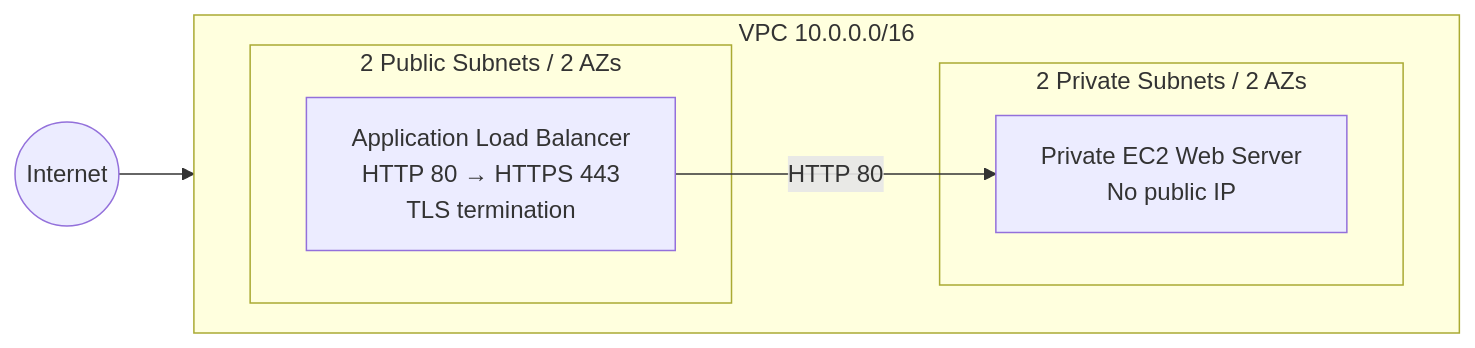
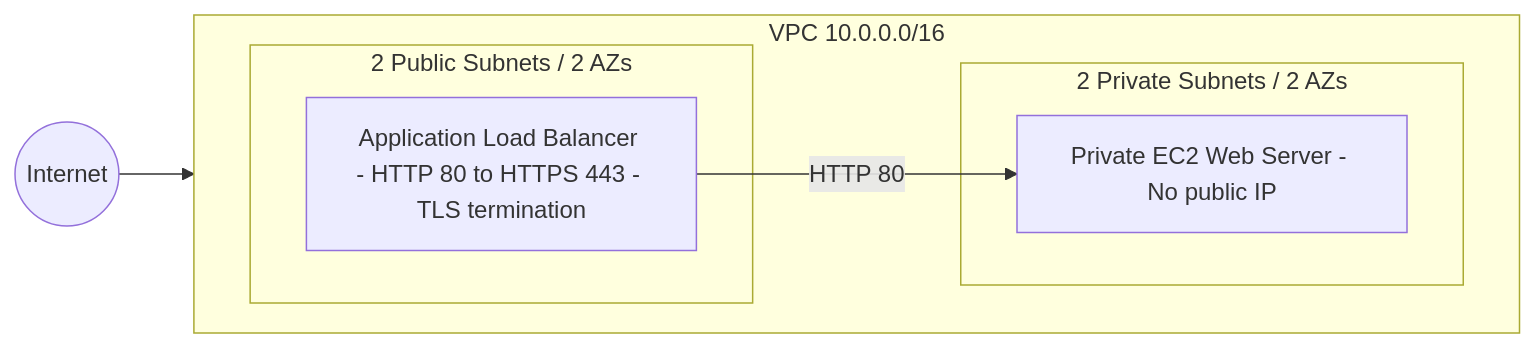
One commit to pradeeptathineni/eng-challenge-aws-terraform changed the diagram in README.md. Above: the diagram before and after it, drawn with Mermaid.

Commit message:
chore: test fix for mermaid flowchart not showing on github

````diff
--- a/README.md
+++ b/README.md
@@ -51,20 +51,20 @@
 ```mermaid
 flowchart LR
     INTERNET((Internet))
 
     subgraph VPC["VPC 10.0.0.0/16"]
         direction LR
 
         subgraph PUBLIC["2 Public Subnets / 2 AZs"]
-            ALB["Application Load Balancer<br/>HTTP 80 → HTTPS 443<br/>TLS termination"]
+            ALB["Application Load Balancer - HTTP 80 to HTTPS 443 - TLS termination"]
         end
 
         subgraph PRIVATE["2 Private Subnets / 2 AZs"]
-            EC2["Private EC2 Web Server<br/>No public IP"]
+            EC2["Private EC2 Web Server - No public IP"]
         end
 
-        ALB -->|"HTTP 80"| EC2
+        ALB -->|HTTP 80| EC2
     end
 
     INTERNET --> ALB
 ```
````
